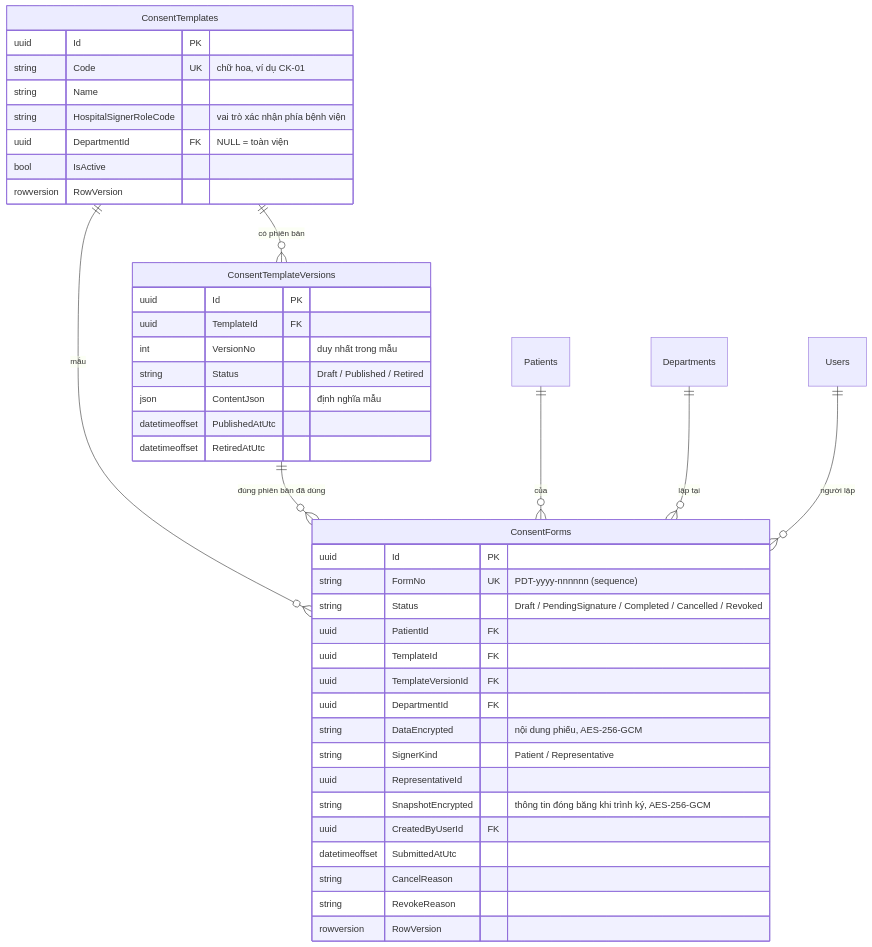
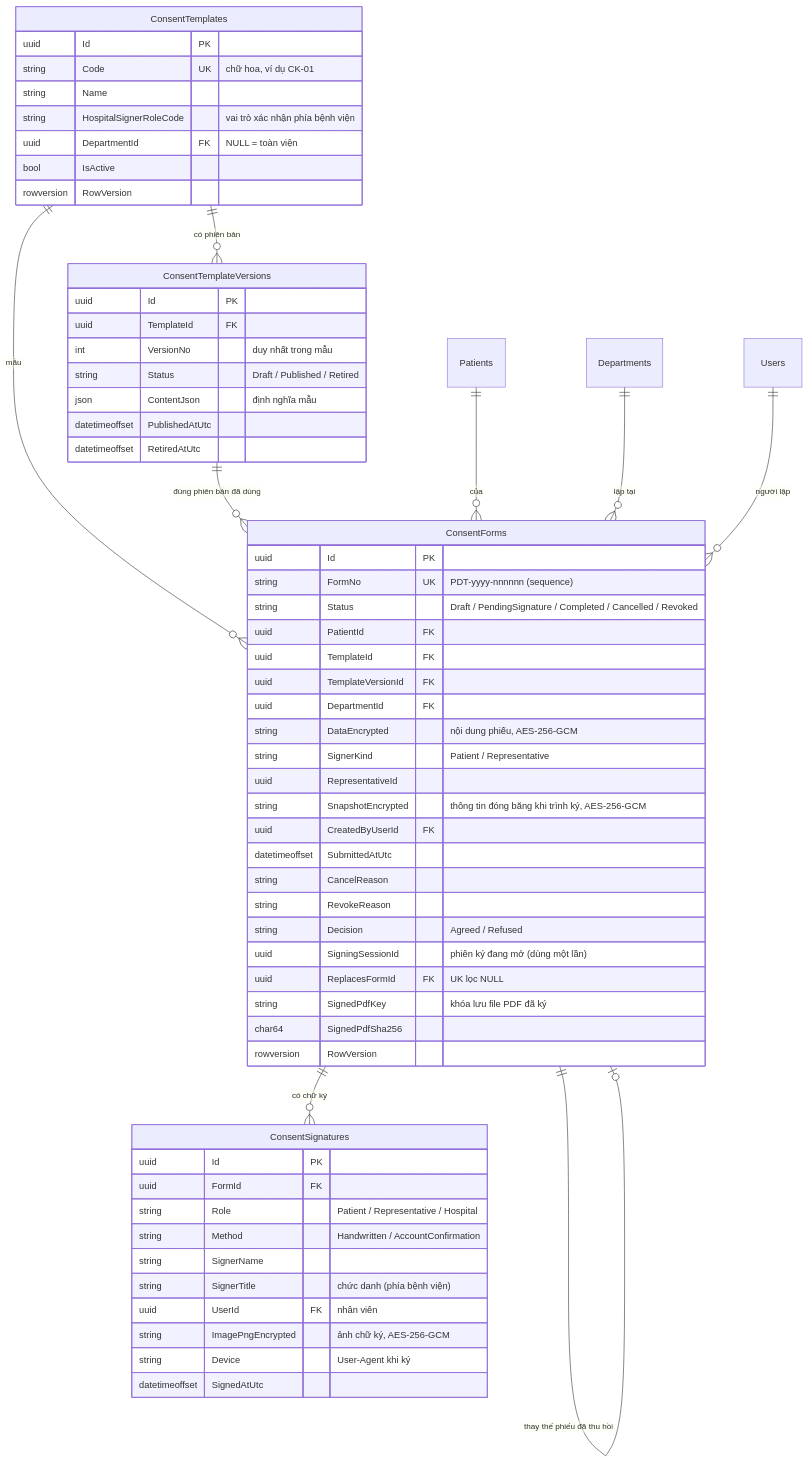
Before and after one commit to phuchaubth/bth-bekp: the fifth of 8 diagrams in docs/kien-truc.md, drawn with Mermaid. The commit also changed other lines of this file and 4 other files, not shown here.

First line of the commit message:
docs: Sprint 4 handwritten signing (API, architecture, plan, README)

````diff
--- a/docs/kien-truc.md
+++ b/docs/kien-truc.md
@@ -238,46 +241,65 @@
 ```mermaid
 erDiagram
     ConsentTemplates ||--o{ ConsentTemplateVersions : "có phiên bản"
     ConsentTemplates ||--o{ ConsentForms : "mẫu"
     ConsentTemplateVersions ||--o{ ConsentForms : "đúng phiên bản đã dùng"
     Patients ||--o{ ConsentForms : "của"
     Departments ||--o{ ConsentForms : "lập tại"
     Users ||--o{ ConsentForms : "người lập"
+    ConsentForms ||--o{ ConsentSignatures : "có chữ ký"
+    ConsentForms ||--o| ConsentForms : "thay thế phiếu đã thu hồi"
 
     ConsentTemplates {
         uuid Id PK
         string Code UK "chữ hoa, ví dụ CK-01"
         string Name
         string HospitalSignerRoleCode "vai trò xác nhận phía bệnh viện"
         uuid DepartmentId FK "NULL = toàn viện"
         bool IsActive
         rowversion RowVersion
     }
     ConsentTemplateVersions {
         uuid Id PK
         uuid TemplateId FK
         int VersionNo "duy nhất trong mẫu"
         string Status "Draft / Published / Retired"
         json ContentJson "định nghĩa mẫu"
         datetimeoffset PublishedAtUtc
         datetimeoffset RetiredAtUtc
     }
     ConsentForms {
         uuid Id PK
         string FormNo UK "PDT-yyyy-nnnnnn (sequence)"
         string Status "Draft / PendingSignature / Completed / Cancelled / Revoked"
         uuid PatientId FK
         uuid TemplateId FK
         uuid TemplateVersionId FK
         uuid DepartmentId FK
         string DataEncrypted "nội dung phiếu, AES-256-GCM"
         string SignerKind "Patient / Representative"
         uuid RepresentativeId
         string SnapshotEncrypted "thông tin đóng băng khi trình ký, AES-256-GCM"
         uuid CreatedByUserId FK
         datetimeoffset SubmittedAtUtc
         string CancelReason
         string RevokeReason
+        string Decision "Agreed / Refused"
+        uuid SigningSessionId "phiên ký đang mở (dùng một lần)"
+        uuid ReplacesFormId FK "UK lọc NULL"
+        string SignedPdfKey "khóa lưu file PDF đã ký"
+        char64 SignedPdfSha256
         rowversion RowVersion
     }
+    ConsentSignatures {
+        uuid Id PK
+        uuid FormId FK
+        string Role "Patient / Representative / Hospital"
+        string Method "Handwritten / AccountConfirmation"
+        string SignerName
+        string SignerTitle "chức danh (phía bệnh viện)"
+        uuid UserId FK "nhân viên"
+        string ImagePngEncrypted "ảnh chữ ký, AES-256-GCM"
+        string Device "User-Agent khi ký"
+        datetimeoffset SignedAtUtc
+    }
 ```
````
